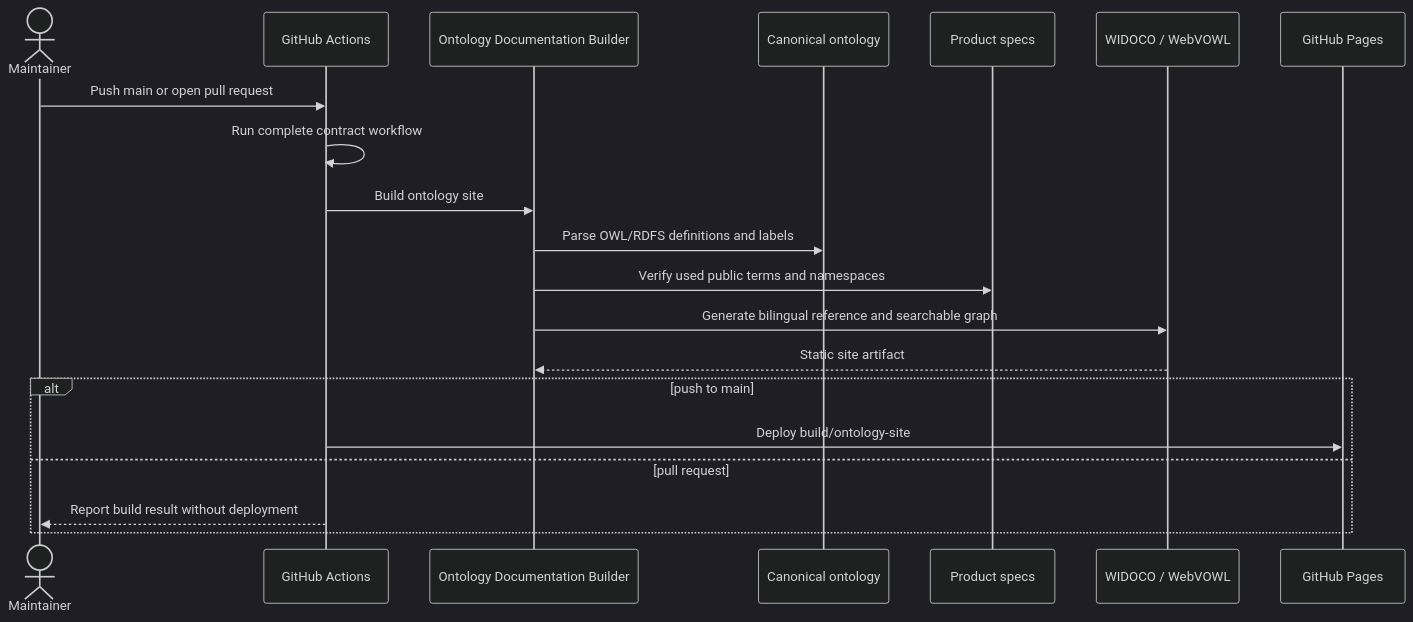
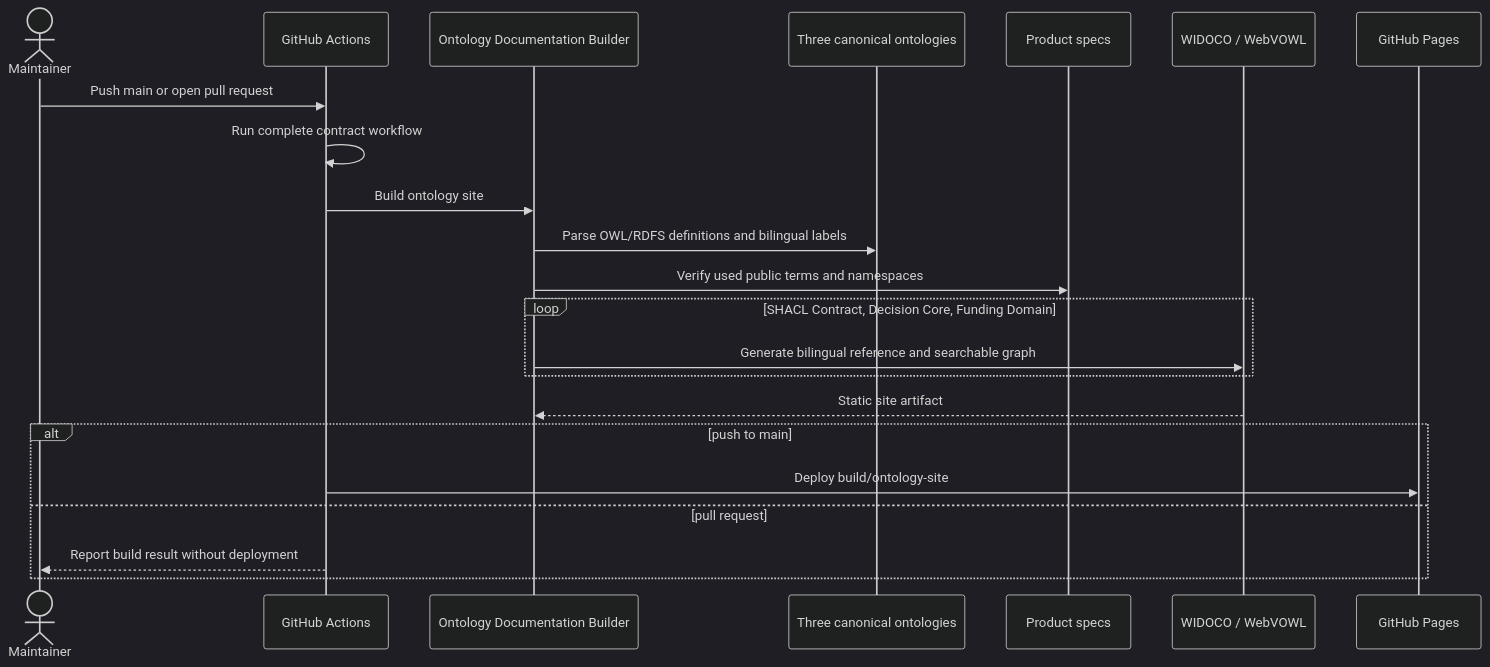
Before and after one commit to arturmiller/spec-compiler: the fifth of 6 diagrams in docs/architecture/arc42.md, drawn with Mermaid (dark theme). The commit also changed other lines of this file and 48 other files, not shown here.

````diff
--- a/docs/architecture/arc42.md
+++ b/docs/architecture/arc42.md
@@ -280,23 +338,25 @@
 ```mermaid
 sequenceDiagram
     actor Maintainer
     participant CI as GitHub Actions
     participant Builder as Ontology Documentation Builder
-    participant Ontology as Canonical ontology
+    participant Ontologies as Three canonical ontologies
     participant Specs as Product specs
     participant WIDOCO as WIDOCO / WebVOWL
     participant Pages as GitHub Pages
 
     Maintainer->>CI: Push main or open pull request
     CI->>CI: Run complete contract workflow
     CI->>Builder: Build ontology site
-    Builder->>Ontology: Parse OWL/RDFS definitions and labels
+    Builder->>Ontologies: Parse OWL/RDFS definitions and bilingual labels
     Builder->>Specs: Verify used public terms and namespaces
-    Builder->>WIDOCO: Generate bilingual reference and searchable graph
+    loop SHACL Contract, Decision Core, Funding Domain
+        Builder->>WIDOCO: Generate bilingual reference and searchable graph
+    end
     WIDOCO-->>Builder: Static site artifact
     alt push to main
         CI->>Pages: Deploy build/ontology-site
     else pull request
         CI-->>Maintainer: Report build result without deployment
     end
 ```
````
